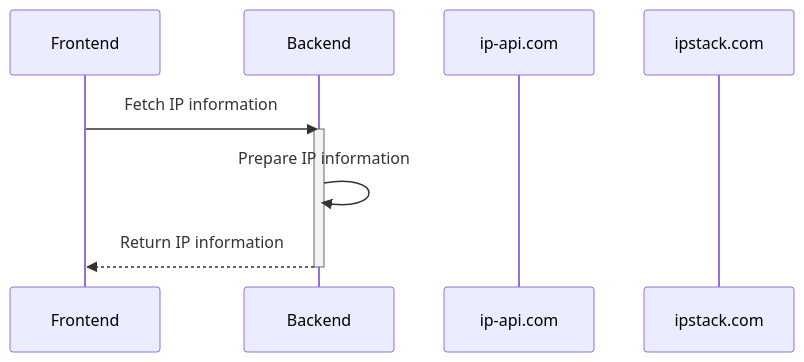
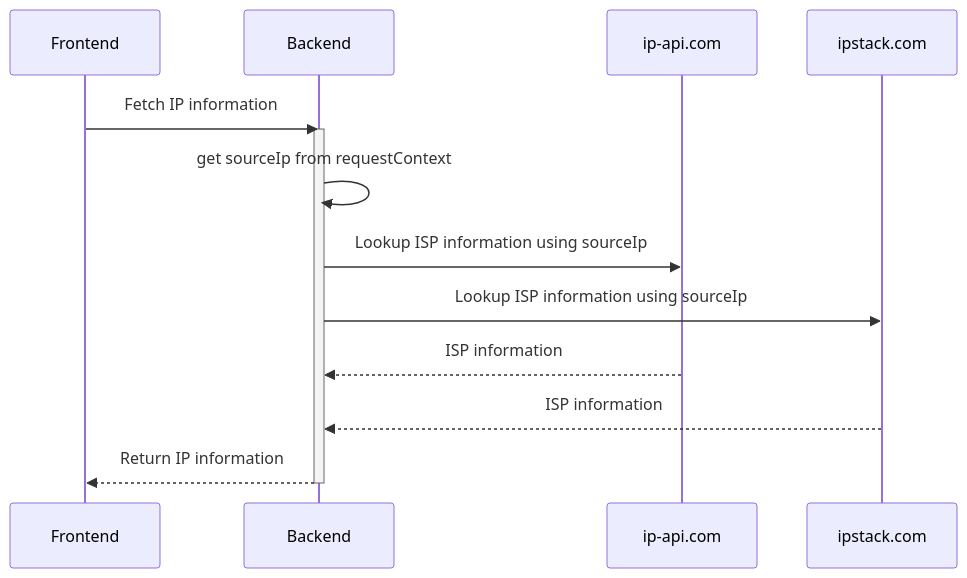
One commit to weijing329/serverless-framework-aws-lambda-demo changed the diagram in README.md. Above: the diagram before and after it, drawn with Mermaid. The commit also changed other lines of this file, not shown here.

````diff
--- a/README.md
+++ b/README.md
@@ -10,15 +12,19 @@
 ```mermaid
 sequenceDiagram
 
 participant F as Frontend
 participant B as Backend
 participant A as ip-api.com
 participant S as ipstack.com
 
 F->>B: Fetch IP information 
 activate B
-B->>B: Prepare IP information
+B->>B: get sourceIp from requestContext
+B->>A: Lookup ISP information using sourceIp
+B->>S: Lookup ISP information using sourceIp
+A-->>B: ISP information
+S-->>B: ISP information
 B-->>F: Return IP information
 deactivate B
 
 ```
````
